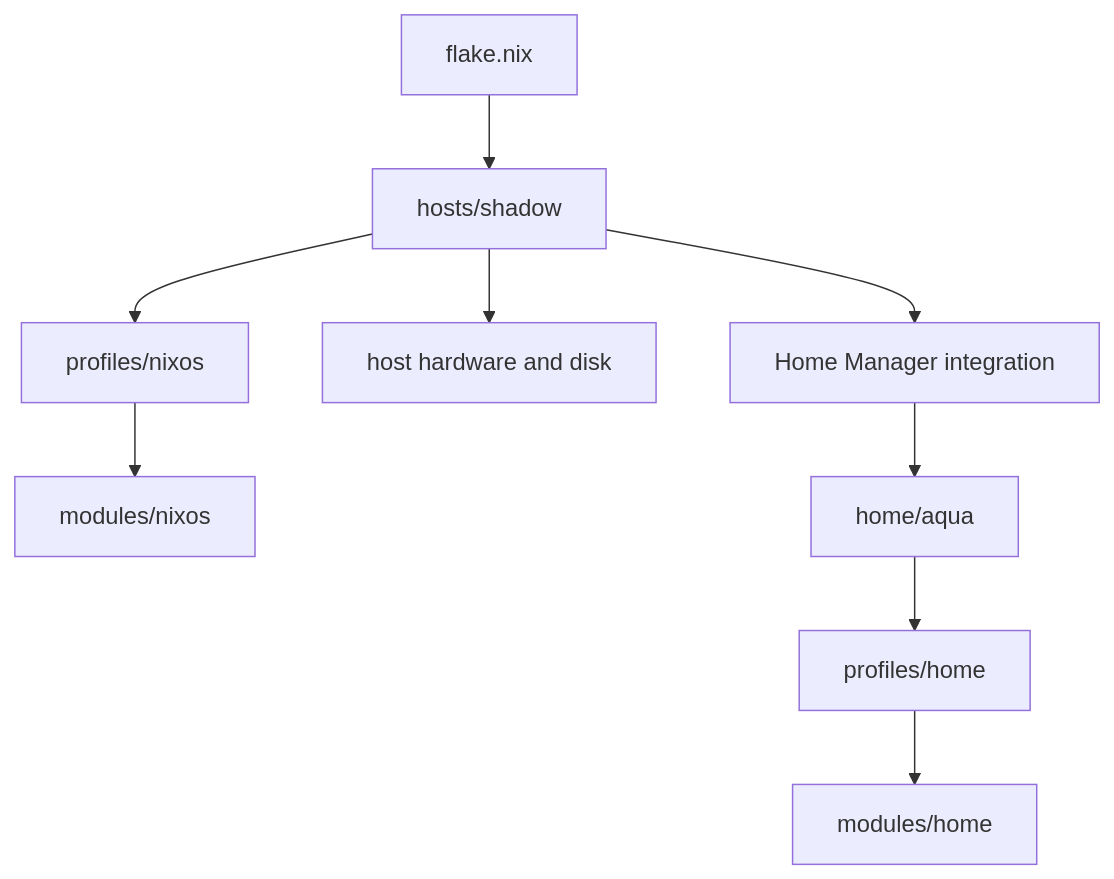
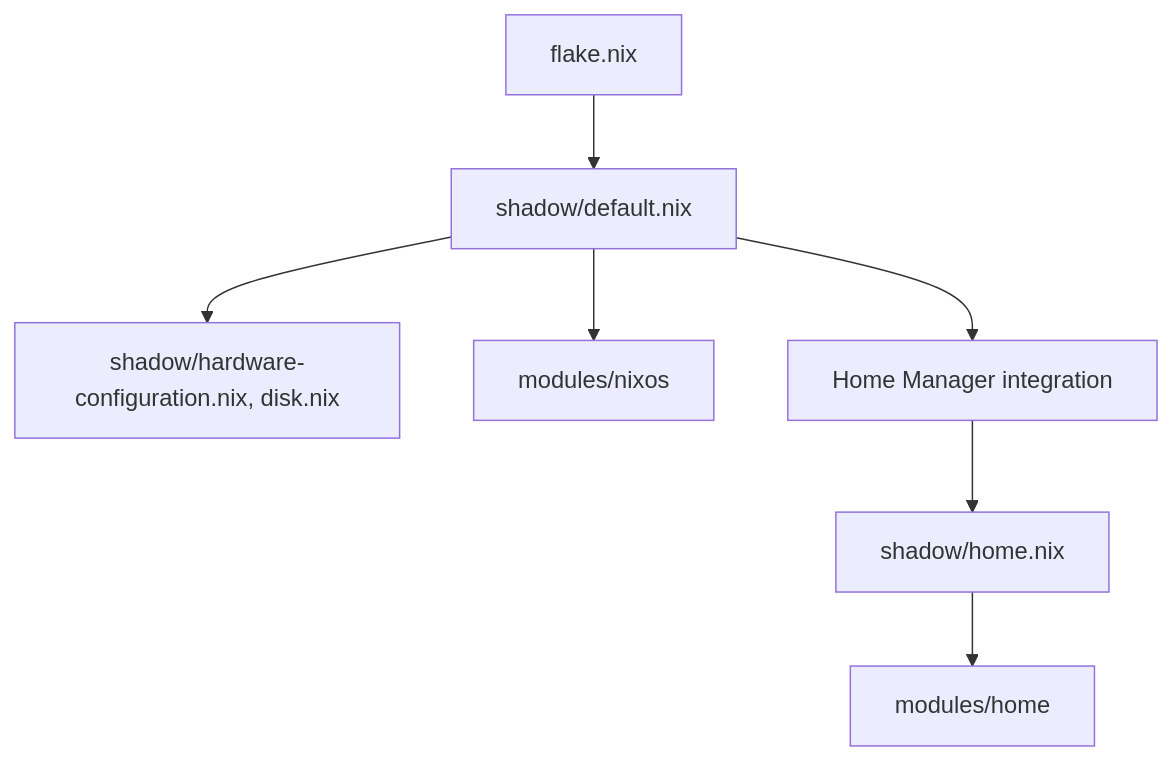
Before and after one commit to AbdulrahmanNahhas/nixos-config: the diagram in docs/architecture.md, drawn with Mermaid. The commit also changed other lines of this file and 35 other files, not shown here.

First line of the commit message:
refactor: flatten the flake layout and consolidate modules

````diff
--- a/docs/architecture.md
+++ b/docs/architecture.md
@@ -6,11 +7,9 @@
 ```mermaid
 flowchart TD
-    F["flake.nix"] --> H["hosts/shadow"]
-    H --> NP["profiles/nixos"]
-    H --> HW["host hardware and disk"]
-    NP --> NM["modules/nixos"]
+    F["flake.nix"] --> H["shadow/default.nix"]
+    H --> HW["shadow/hardware-configuration.nix, disk.nix"]
+    H --> NM["modules/nixos"]
     H --> HM["Home Manager integration"]
-    HM --> U["home/aqua"]
-    U --> HP["profiles/home"]
-    HP --> HMM["modules/home"]
+    HM --> U["shadow/home.nix"]
+    U --> HMM["modules/home"]
 ```
````
